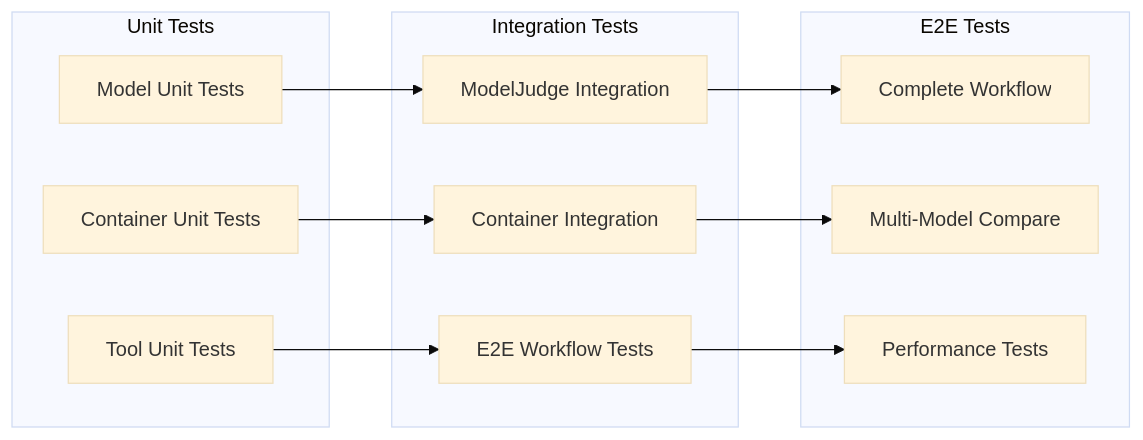
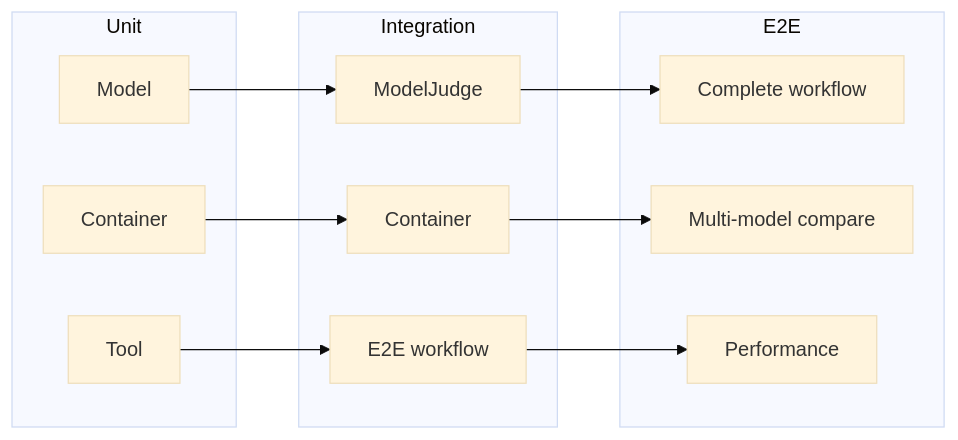
One commit to DominicBurkart/nanna-coder changed the second of 3 diagrams in docs/poc-system-overview.md. Above: the diagram before and after it, drawn with Mermaid (base theme). The commit also changed other lines of this file, not shown here.

````diff
--- a/docs/poc-system-overview.md
+++ b/docs/poc-system-overview.md
@@ -166,27 +98,27 @@
 ```mermaid
 graph LR
-    subgraph "Unit Tests"
-        UT1[Model Unit Tests]
-        UT2[Container Unit Tests]
-        UT3[Tool Unit Tests]
+    subgraph Unit
+        UT1[Model]
+        UT2[Container]
+        UT3[Tool]
     end
 
-    subgraph "Integration Tests"
-        IT1[ModelJudge Integration]
-        IT2[Container Integration]
-        IT3[E2E Workflow Tests]
+    subgraph Integration
+        IT1[ModelJudge]
+        IT2[Container]
+        IT3[E2E workflow]
     end
 
-    subgraph "E2E Tests"
-        E2E1[Complete Workflow]
-        E2E2[Multi-Model Compare]
-        E2E3[Performance Tests]
+    subgraph E2E
+        E2E1[Complete workflow]
+        E2E2[Multi-model compare]
+        E2E3[Performance]
     end
 
     UT1 --> IT1
     UT2 --> IT2
     UT3 --> IT3
     IT1 --> E2E1
     IT2 --> E2E2
     IT3 --> E2E3
 ```
````
